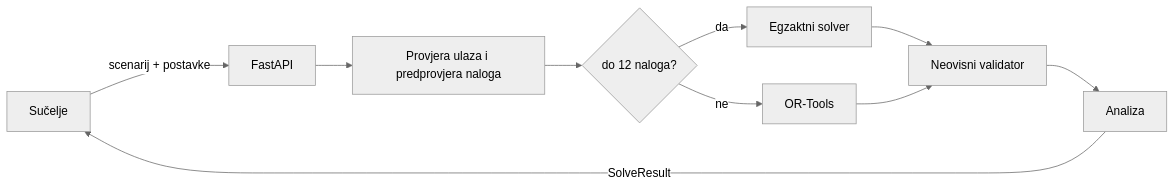
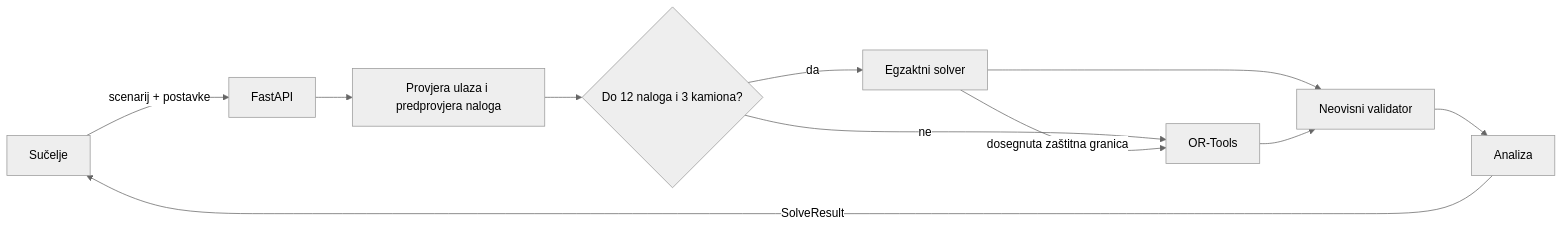
The diagram in docs/upute.md (Lovre-P/uprent-smart-logistics-planner), drawn with Mermaid (neutral theme) before and after one commit. The commit also changed other lines of this file and 9 other files, not shown here.

````diff
--- a/docs/upute.md
+++ b/docs/upute.md
@@ -88,12 +88,13 @@
 ```mermaid
 flowchart LR
     UI[Sučelje] -->|scenarij + postavke| API[FastAPI]
     API --> PRE[Provjera ulaza i predprovjera naloga]
-    PRE --> AUTO{do 12 naloga?}
+    PRE --> AUTO{Do 12 naloga i 3 kamiona?}
     AUTO -->|da| EX[Egzaktni solver]
     AUTO -->|ne| OT[OR-Tools]
+    EX -->|dosegnuta zaštitna granica| OT
     EX --> VAL[Neovisni validator]
     OT --> VAL
     VAL --> AN[Analiza]
     AN -->|SolveResult| UI
 ```
````
